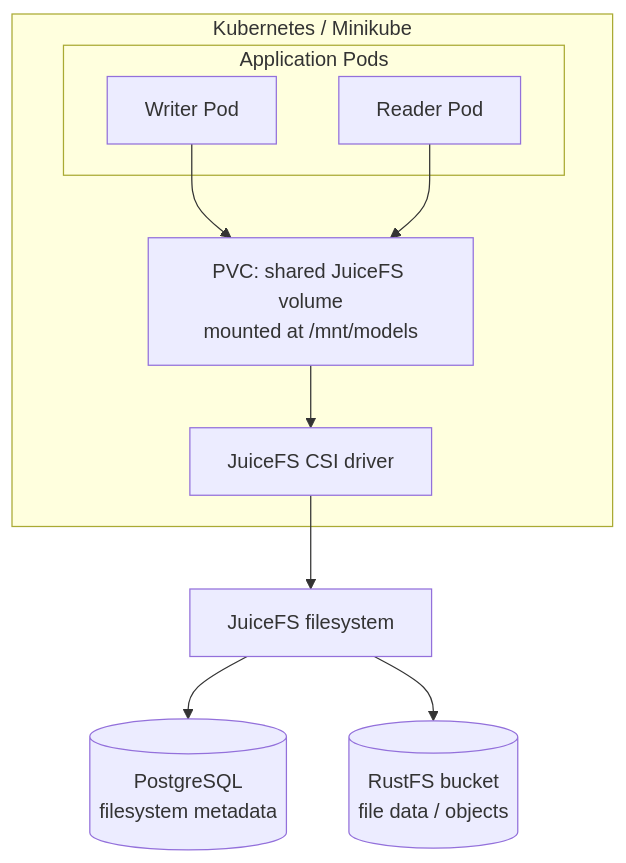
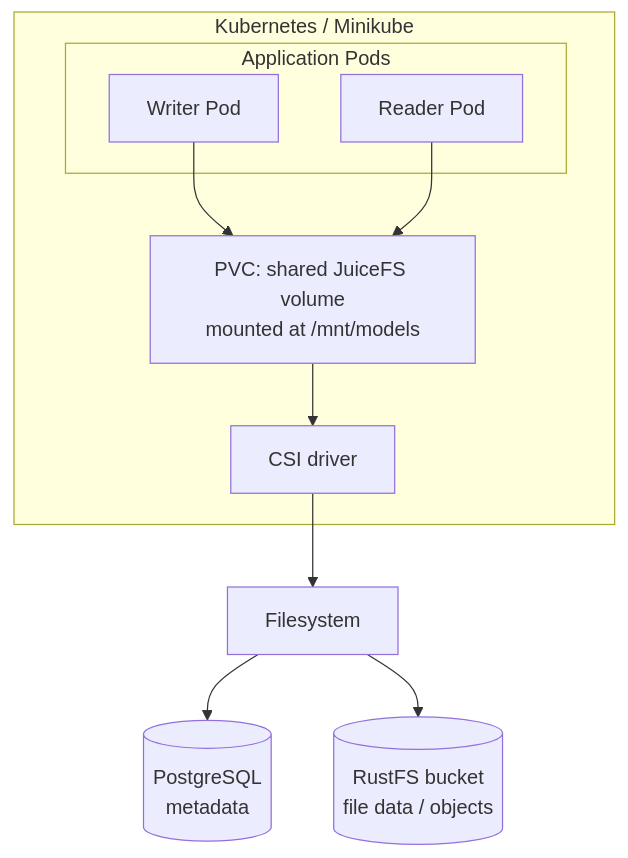
One commit to barmanroys/distributed-storage-stack changed the first of 2 diagrams in README.md. Above: the diagram before and after it, drawn with Mermaid. The commit also changed other lines of this file and 2 other files, not shown here.

````diff
--- a/README.md
+++ b/README.md
@@ -18,18 +18,18 @@
 ``` mermaid
 flowchart TB
     subgraph K8s["Kubernetes / Minikube"]
         subgraph Apps["Application Pods"]
             W["Writer Pod"]
             R["Reader Pod"]
         end
         PVC["PVC: shared JuiceFS volume<br/>mounted at /mnt/models"]
-        CSI["JuiceFS CSI driver"]
+        CSI["CSI driver"]
         W --> PVC
         R --> PVC
         PVC --> CSI
     end
 
-    CSI --> JFS["JuiceFS filesystem"]
-    JFS --> PG[("PostgreSQL<br/>filesystem metadata")]
+    CSI --> JFS["Filesystem"]
+    JFS --> PG[("PostgreSQL<br/>metadata")]
     JFS --> S3[("RustFS bucket<br/>file data / objects")]
 ```
````
